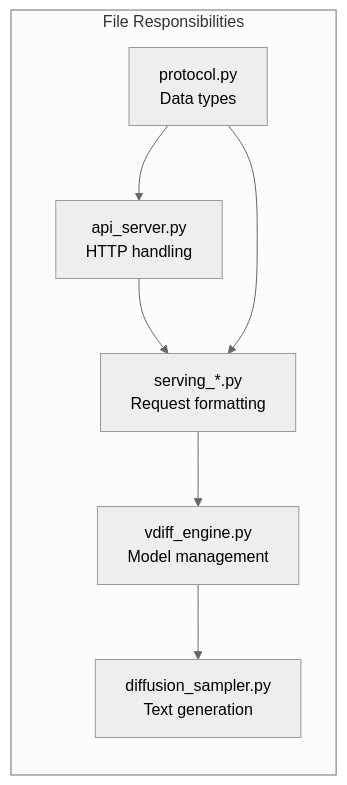
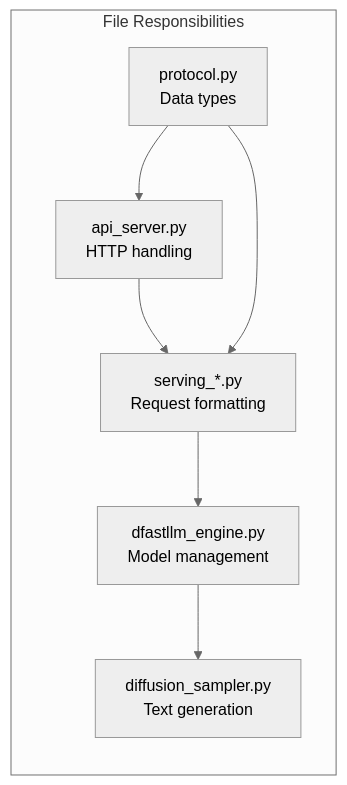
Diagram 16 of 16 in docs/dev-doc/10-code-walkthrough.md (mwaykole/vdiff), drawn with Mermaid (neutral theme) before and after one commit. The commit also changed other lines of this file and 53 other files, not shown here.

First line of the commit message:
refactor: Rename all vdiff references to dfastllm

````diff
--- a/docs/dev-doc/10-code-walkthrough.md
+++ b/docs/dev-doc/10-code-walkthrough.md
@@ -1046,14 +1046,14 @@
 ```mermaid
 flowchart LR
     subgraph Files["File Responsibilities"]
         API["api_server.py<br/>HTTP handling"]
         SERVE["serving_*.py<br/>Request formatting"]
-        ENG["vdiff_engine.py<br/>Model management"]
+        ENG["dfastllm_engine.py<br/>Model management"]
         DIFF["diffusion_sampler.py<br/>Text generation"]
         PROTO["protocol.py<br/>Data types"]
     end
     
     API --> SERVE --> ENG --> DIFF
     PROTO --> API
     PROTO --> SERVE
 ```
````
